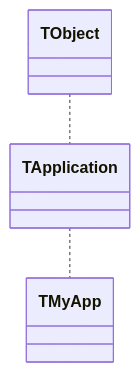
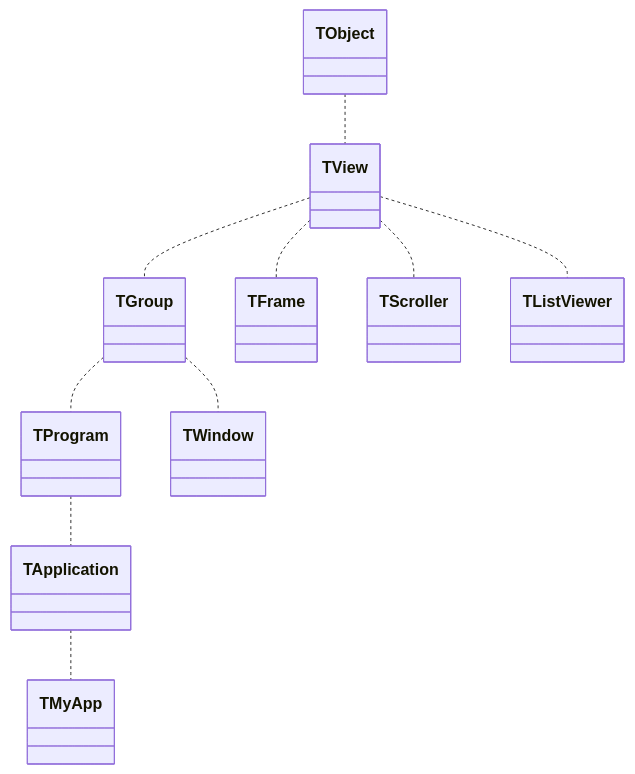
One commit to sechshelme/Lazarus-FreeVision-Tutorial changed the diagram in readme.md. Above: the diagram before and after it, drawn with Mermaid.

````diff
--- a/readme.md
+++ b/readme.md
@@ -3,5 +3,14 @@
 ```mermaid
 classDiagram
-TObject .. TApplication 
+
+
+TObject .. TView
+TView ..TGroup
+TView ..TFrame
+TView ..TScroller
+TView ..TListViewer
+TGroup ..TProgram
+TGroup ..TWindow
+TProgram .. TApplication 
 TApplication .. TMyApp
 ```
````
